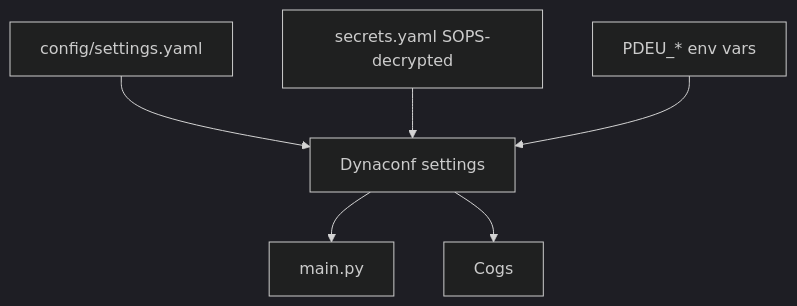
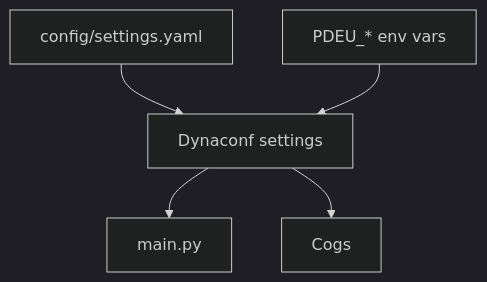
The diagram in README.md (dhaustein/pdeu-discord-bot), drawn with Mermaid (dark theme) before and after one commit. The commit also changed other lines of this file and 9 other files, not shown here.

Commit message:
chore(config): remove SOPS secrets m

````diff
--- a/README.md
+++ b/README.md
@@ -42,8 +41,7 @@
 ```mermaid
 flowchart TD
     A[config/settings.yaml] --> S[Dynaconf settings]
-    B[secrets.yaml SOPS-decrypted] --> S
     C[PDEU_* env vars] --> S
     S --> M[main.py]
     S --> Cogs
 ```
````
